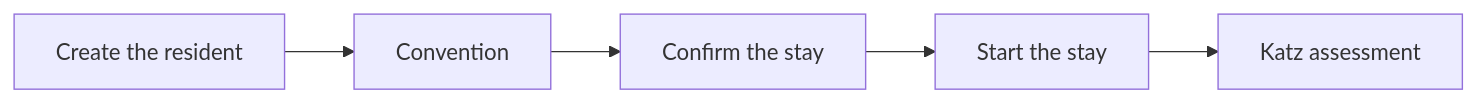
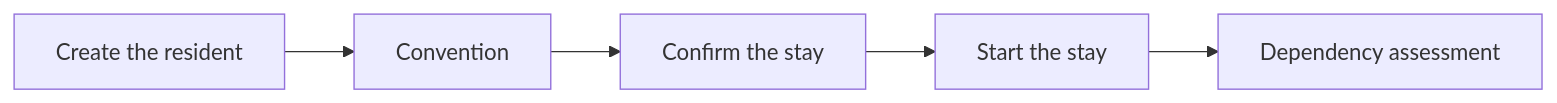
One commit to lplg-europe/resthome-documentation changed the diagram in content/residents/gerer-un-resident.md. Above: the diagram before and after it, drawn with Mermaid. The commit also changed other lines of this file and 461 other files, not shown here.

````diff
--- a/content/residents/gerer-un-resident.md
+++ b/content/residents/gerer-un-resident.md
@@ -28,7 +34,7 @@
 ```mermaid
 graph LR
   A[Create the resident] --> B[Convention]
   B --> C[Confirm the stay]
   C --> D[Start the stay]
-  D --> E[Katz assessment]
+  D --> E[Dependency assessment]
 ```
````
